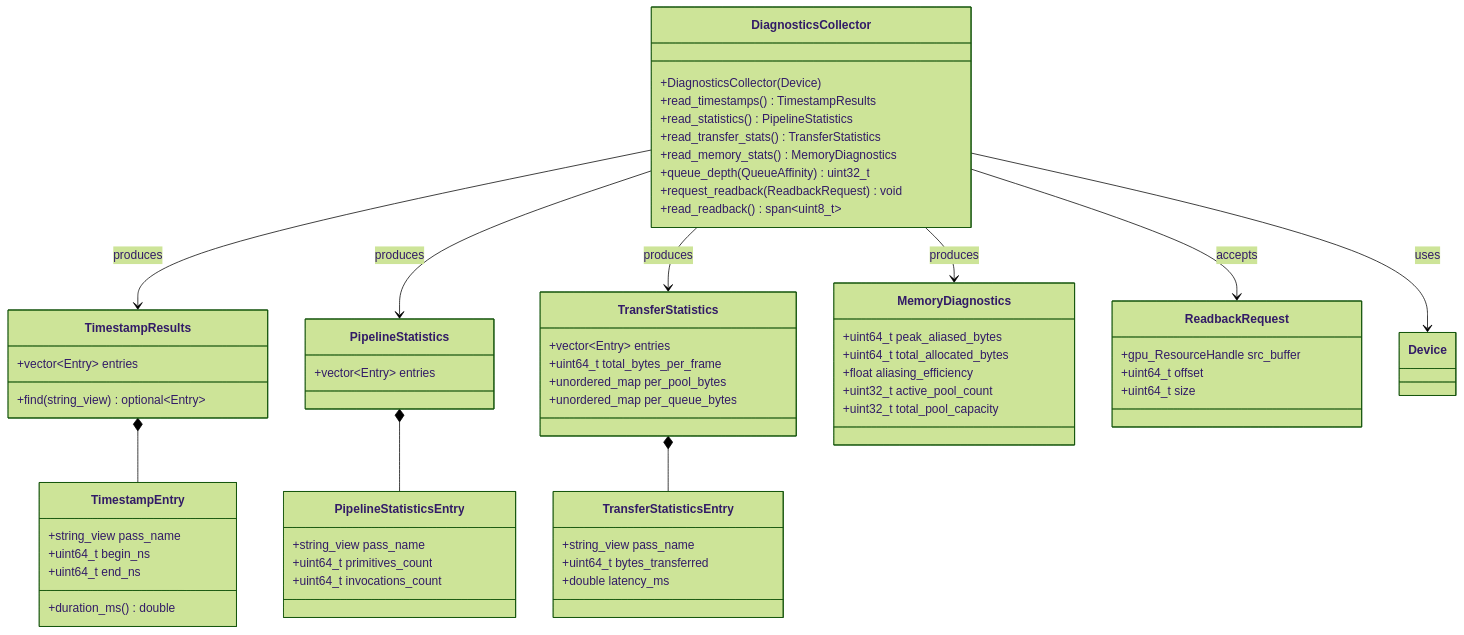
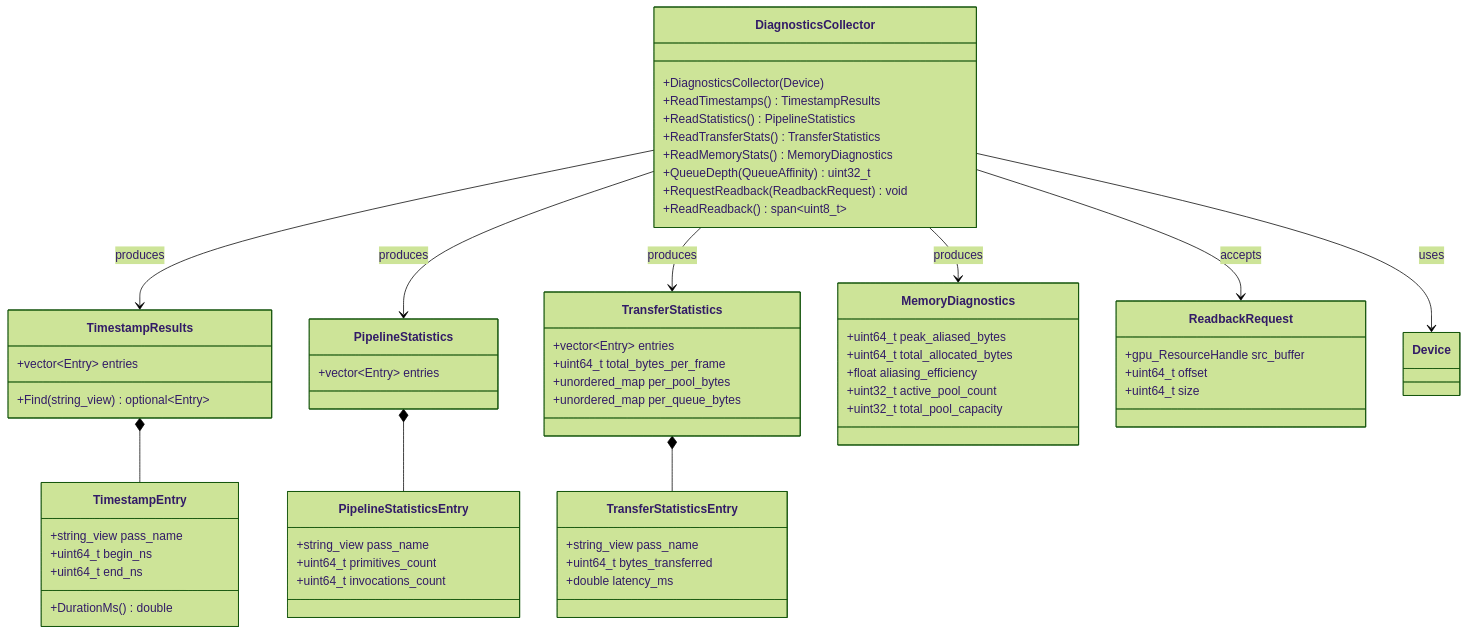
The eighth of 15 diagrams in docs/design/render-graph-classes.md (harmonius-dev/harmonius), drawn with Mermaid (forest theme) before and after one commit. The commit also changed other lines of this file and 67 other files, not shown here.

````diff
--- a/docs/design/render-graph-classes.md
+++ b/docs/design/render-graph-classes.md
@@ -676,64 +676,64 @@
 ```mermaid
 classDiagram
     class DiagnosticsCollector {
         +DiagnosticsCollector(Device)
-        +read_timestamps() TimestampResults
-        +read_statistics() PipelineStatistics
-        +read_transfer_stats() TransferStatistics
-        +read_memory_stats() MemoryDiagnostics
-        +queue_depth(QueueAffinity) uint32_t
-        +request_readback(ReadbackRequest) void
-        +read_readback() span~uint8_t~
+        +ReadTimestamps() TimestampResults
+        +ReadStatistics() PipelineStatistics
+        +ReadTransferStats() TransferStatistics
+        +ReadMemoryStats() MemoryDiagnostics
+        +QueueDepth(QueueAffinity) uint32_t
+        +RequestReadback(ReadbackRequest) void
+        +ReadReadback() span~uint8_t~
     }
     class TimestampResults {
         +vector~Entry~ entries
-        +find(string_view) optional~Entry~
+        +Find(string_view) optional~Entry~
     }
     class TimestampEntry {
         +string_view pass_name
         +uint64_t begin_ns
         +uint64_t end_ns
-        +duration_ms() double
+        +DurationMs() double
     }
     class PipelineStatistics {
         +vector~Entry~ entries
     }
     class PipelineStatisticsEntry {
         +string_view pass_name
         +uint64_t primitives_count
         +uint64_t invocations_count
     }
     class TransferStatistics {
         +vector~Entry~ entries
         +uint64_t total_bytes_per_frame
         +unordered_map per_pool_bytes
         +unordered_map per_queue_bytes
     }
     class TransferStatisticsEntry {
         +string_view pass_name
         +uint64_t bytes_transferred
         +double latency_ms
     }
     class MemoryDiagnostics {
         +uint64_t peak_aliased_bytes
         +uint64_t total_allocated_bytes
         +float aliasing_efficiency
         +uint32_t active_pool_count
         +uint32_t total_pool_capacity
     }
     class ReadbackRequest {
         +gpu_ResourceHandle src_buffer
         +uint64_t offset
         +uint64_t size
     }
 
     DiagnosticsCollector --> TimestampResults : produces
     DiagnosticsCollector --> PipelineStatistics : produces
     DiagnosticsCollector --> TransferStatistics : produces
     DiagnosticsCollector --> MemoryDiagnostics : produces
     DiagnosticsCollector --> ReadbackRequest : accepts
     DiagnosticsCollector --> Device : uses
     TimestampResults *-- TimestampEntry
     PipelineStatistics *-- PipelineStatisticsEntry
     TransferStatistics *-- TransferStatisticsEntry
 ```
````
